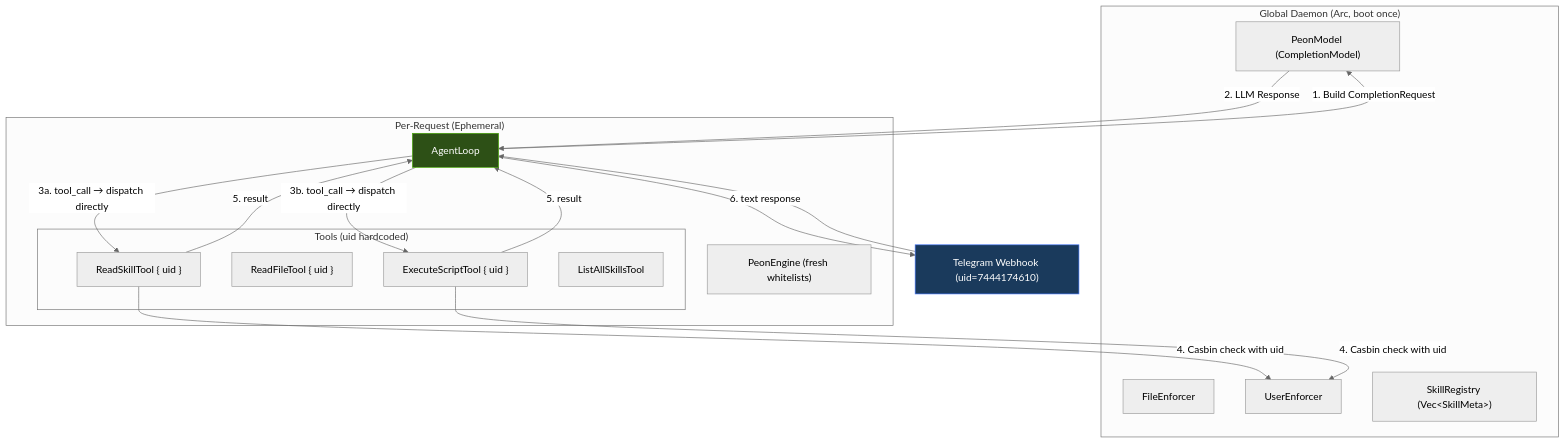
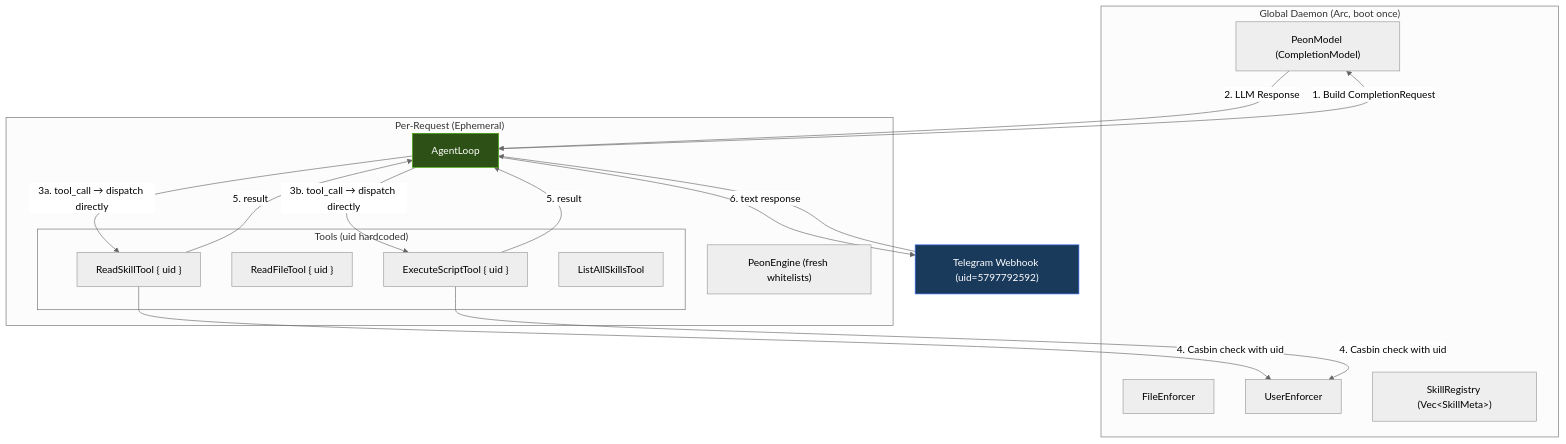
One commit to stephen94125/peon-lib changed the first of 2 diagrams in docs/003-peon-runtime-spec.md. Above: the diagram before and after it, drawn with Mermaid (neutral theme). The commit also changed other lines of this file and 13 other files, not shown here.

````diff
--- a/docs/003-peon-runtime-spec.md
+++ b/docs/003-peon-runtime-spec.md
@@ -48,36 +50,36 @@
 ```mermaid
 graph TD
     subgraph "Global Daemon (Arc, boot once)"
         FE["FileEnforcer"]
         UE["UserEnforcer"]
         SR["SkillRegistry (Vec&lt;SkillMeta&gt;)"]
         PM["PeonModel (CompletionModel)"]
     end
 
     subgraph "Per-Request (Ephemeral)"
         PE["PeonEngine (fresh whitelists)"]
-        
+
         subgraph "Tools (uid hardcoded)"
             T1["ReadSkillTool { uid }"]
             T2["ReadFileTool { uid }"]
             T3["ExecuteScriptTool { uid }"]
             T4["ListAllSkillsTool"]
         end
-        
+
         AL["AgentLoop"]
     end
 
-    Webhook["Telegram Webhook (uid=7444174610)"] --> AL
+    Webhook["Telegram Webhook (uid=5797792592)"] --> AL
     AL -->|"1. Build CompletionRequest"| PM
     PM -->|"2. LLM Response"| AL
     AL -->|"3a. tool_call → dispatch directly"| T1
     AL -->|"3b. tool_call → dispatch directly"| T3
     T1 -->|"4. Casbin check with uid"| UE
     T3 -->|"4. Casbin check with uid"| UE
     T1 -->|"5. result"| AL
     T3 -->|"5. result"| AL
     AL -->|"6. text response"| Webhook
 
     style AL fill:#2d5016,stroke:#4a0,color:#fff
     style Webhook fill:#1a3a5c,stroke:#47f,color:#fff
 ```
````
